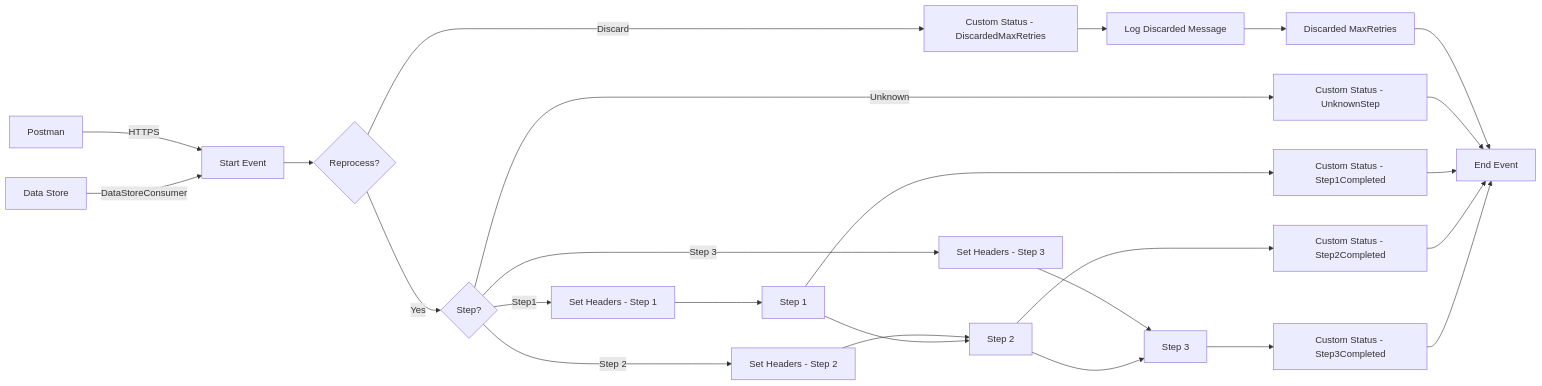
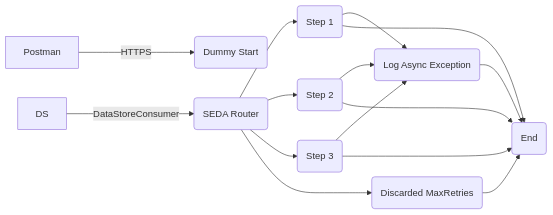
The diagram in MMZ - Cell Iflows/SEDA_Model_-_Single_DS_-_Restart_and_Discard_MMZ-1.0.1/readme.md (Avvale-IA-CICD/AvvaleCPI), drawn with Mermaid before and after one commit. The commit also changed other lines of this file, not shown here.

Commit message:
Add/update documentation for SEDA_Model_-_Single_DS_-_Restart_and_Discard_MMZ v1.0.1

````diff
--- a/MMZ - Cell Iflows/SEDA_Model_-_Single_DS_-_Restart_and_Discard_MMZ-1.0.1/readme.md
+++ b/MMZ - Cell Iflows/SEDA_Model_-_Single_DS_-_Restart_and_Discard_MMZ-1.0.1/readme.md
@@ -4,53 +4,28 @@
 ```mermaid
 graph LR
     Postman[Postman]
-    DS[Data Store]
-    StartEvent[Start Event]
-    ReprocessGateway{Reprocess?}
-    StepGateway{Step?}
-    Step1SetHeaders[Set Headers - Step 1]
-    Step2SetHeaders[Set Headers - Step 2]
-    Step3SetHeaders[Set Headers - Step 3]
-    Step1[Step 1]
-    Step2[Step 2]
-    Step3[Step 3]
-    Step1CustomStatus[Custom Status - Step1Completed]
-    Step2CustomStatus[Custom Status - Step2Completed]
-    Step3CustomStatus[Custom Status - Step3Completed]
-    UnknownStepCustomStatus[Custom Status - UnknownStep]
-    DiscardedCustomStatus[Custom Status - DiscardedMaxRetries]
-    LogDiscardedMessage[Log Discarded Message]
-    EndEvent[End Event]
-    DiscardedMaxRetries[Discarded MaxRetries]
+    DS[DS]
+    DummyStart(Dummy Start)
+    SEDARouter(SEDA Router)
+    Step1(Step 1)
+    Step2(Step 2)
+    Step3(Step 3)
+    LogAsyncException(Log Async Exception)
+    DiscardedMaxRetries(Discarded MaxRetries)
+    End(End)
 
-    Postman -- HTTPS --> StartEvent
-    DS -- DataStoreConsumer --> StartEvent
-    StartEvent --> ReprocessGateway
-
-    ReprocessGateway -- Yes --> StepGateway
-    ReprocessGateway -- Discard --> DiscardedCustomStatus
-    DiscardedCustomStatus --> LogDiscardedMessage
-    LogDiscardedMessage --> DiscardedMaxRetries
-    DiscardedMaxRetries --> EndEvent
-
-    StepGateway -- Step1 --> Step1SetHeaders
-    StepGateway -- Step 2 --> Step2SetHeaders
-    StepGateway -- Step 3 --> Step3SetHeaders
-    StepGateway -- Unknown --> UnknownStepCustomStatus
-    UnknownStepCustomStatus --> EndEvent
-
-    Step1SetHeaders --> Step1
-    Step2SetHeaders --> Step2
-    Step3SetHeaders --> Step3
-
-    Step1 --> Step2
-    Step2 --> Step3
-    Step3 --> Step3CustomStatus
-
-    Step2 --> Step2CustomStatus
-    Step1 --> Step1CustomStatus
-
-    Step1CustomStatus --> EndEvent
-    Step2CustomStatus --> EndEvent
-    Step3CustomStatus --> EndEvent
+    Postman -- HTTPS --> DummyStart
+    DS -- DataStoreConsumer --> SEDARouter
+    SEDARouter --> Step1
+    SEDARouter --> Step2
+    SEDARouter --> Step3
+    SEDARouter --> DiscardedMaxRetries
+    Step1 --> LogAsyncException
+    Step2 --> LogAsyncException
+    Step3 --> LogAsyncException
+    Step1 --> End
+    Step2 --> End
+    Step3 --> End
+    DiscardedMaxRetries --> End
+    LogAsyncException --> End
 ```
````
